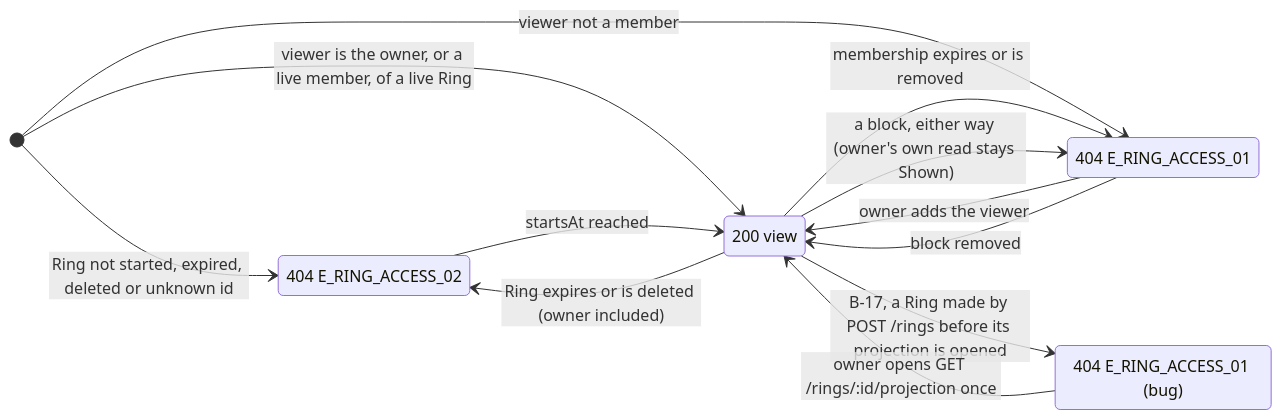
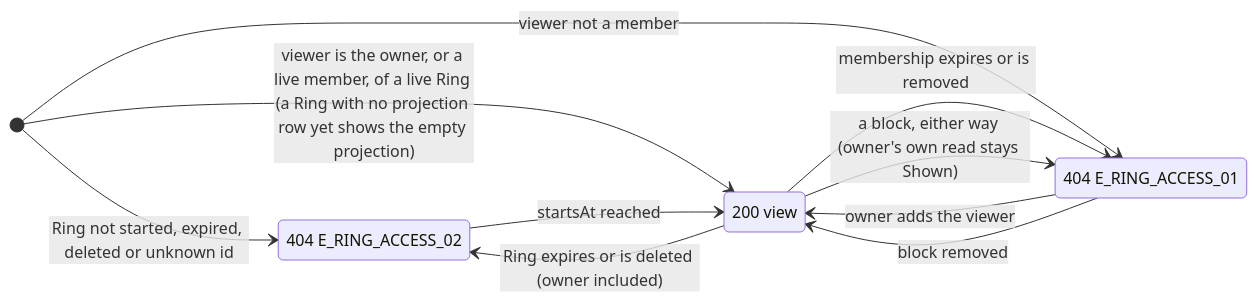
Before and after one commit to Khaled-Edlbi/social-pin-docs: the diagram in social-pin/modules/Identity Core/features/View As & Pin Views/flow/QB-14 View As & Pin Views QA Backend.md, drawn with Mermaid. The commit also changed other lines of this file and 3 other files, not shown here.

````diff
--- a/social-pin/modules/Identity Core/features/View As & Pin Views/flow/QB-14 View As & Pin Views QA Backend.md
+++ b/social-pin/modules/Identity Core/features/View As & Pin Views/flow/QB-14 View As & Pin Views QA Backend.md
@@ -138,19 +140,16 @@
 ```mermaid
 stateDiagram-v2
   direction LR
   [*] --> NotLive: Ring not started, expired, deleted or unknown id
   [*] --> NotShared: viewer not a member
-  [*] --> Shown: viewer is the owner, or a live member, of a live Ring
+  [*] --> Shown: viewer is the owner, or a live member, of a live Ring (a Ring with no projection row yet shows the empty projection)
   NotShared --> Shown: owner adds the viewer
   Shown --> NotShared: membership expires or is removed
   Shown --> NotShared: a block, either way (owner's own read stays Shown)
   NotShared --> Shown: block removed
   Shown --> NotLive: Ring expires or is deleted (owner included)
   NotLive --> Shown: startsAt reached
-  Shown --> NoProjection: B-17, a Ring made by POST /rings before its projection is opened
-  NoProjection --> Shown: owner opens GET /rings/:id/projection once
   state "200 view" as Shown
   state "404 E_RING_ACCESS_01" as NotShared
   state "404 E_RING_ACCESS_02" as NotLive
-  state "404 E_RING_ACCESS_01 (bug)" as NoProjection
 ```
````
